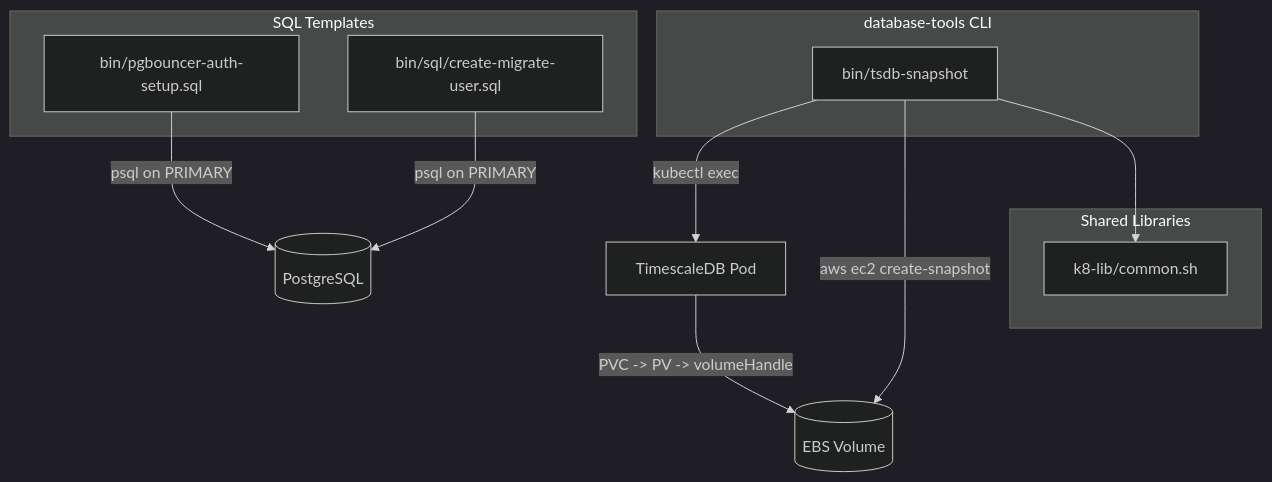
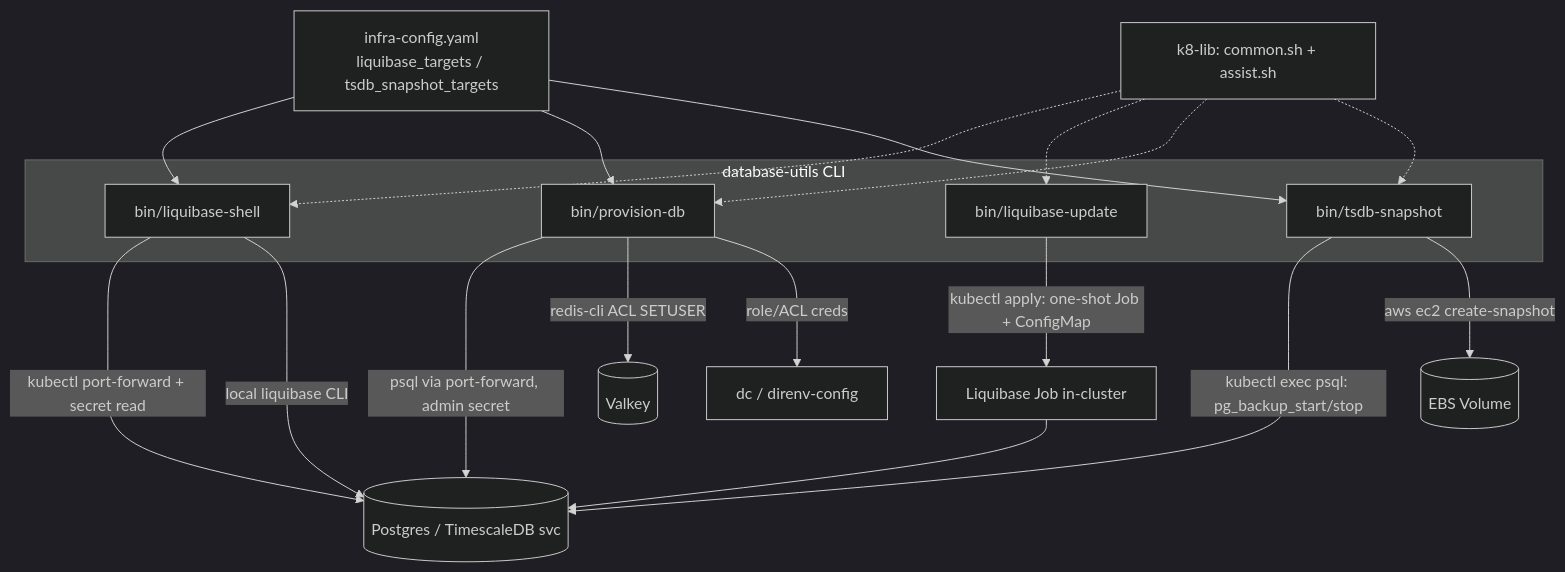
One commit to the-robot-lives/database-tools changed the diagram in docs/PROJ-ARCH.md. Above: the diagram before and after it, drawn with Mermaid (dark theme). The commit also changed other lines of this file and 3 other files, not shown here.

````diff
--- a/docs/PROJ-ARCH.md
+++ b/docs/PROJ-ARCH.md
@@ -9,22 +22,25 @@
 ```mermaid
 graph TB
-    subgraph "database-tools CLI"
+    subgraph "database-utils CLI"
+        LS[bin/liquibase-shell]
+        LU[bin/liquibase-update]
+        PD[bin/provision-db]
         TS[bin/tsdb-snapshot]
     end
 
-    subgraph "SQL Templates"
-        PB[bin/pgbouncer-auth-setup.sql]
-        MU[bin/sql/create-migrate-user.sql]
-    end
+    CFG[infra-config.yaml<br/>liquibase_targets / tsdb_snapshot_targets] --> LS
+    CFG --> PD
+    CFG --> TS
 
-    TS -->|kubectl exec| POD[TimescaleDB Pod]
+    LS -->|kubectl port-forward + secret read| PG[(Postgres / TimescaleDB svc)]
+    LS -->|local liquibase CLI| PG
+    LU -->|kubectl apply: one-shot Job + ConfigMap| JOB[Liquibase Job in-cluster]
+    JOB --> PG
+    PD -->|psql via port-forward, admin secret| PG
+    PD -->|redis-cli ACL SETUSER| VK[(Valkey)]
+    PD -->|role/ACL creds| DC[dc / direnv-config]
+    TS -->|kubectl exec psql: pg_backup_start/stop| PG
     TS -->|aws ec2 create-snapshot| EBS[(EBS Volume)]
-    POD -->|PVC -> PV -> volumeHandle| EBS
-    PB -->|psql on PRIMARY| PG[(PostgreSQL)]
-    MU -->|psql on PRIMARY| PG
 
-    subgraph "Shared Libraries"
-        LIB[k8-lib/common.sh]
-    end
-    TS --> LIB
+    LIB[k8-lib: common.sh + assist.sh] -.-> LS & LU & PD & TS
 ```
````
